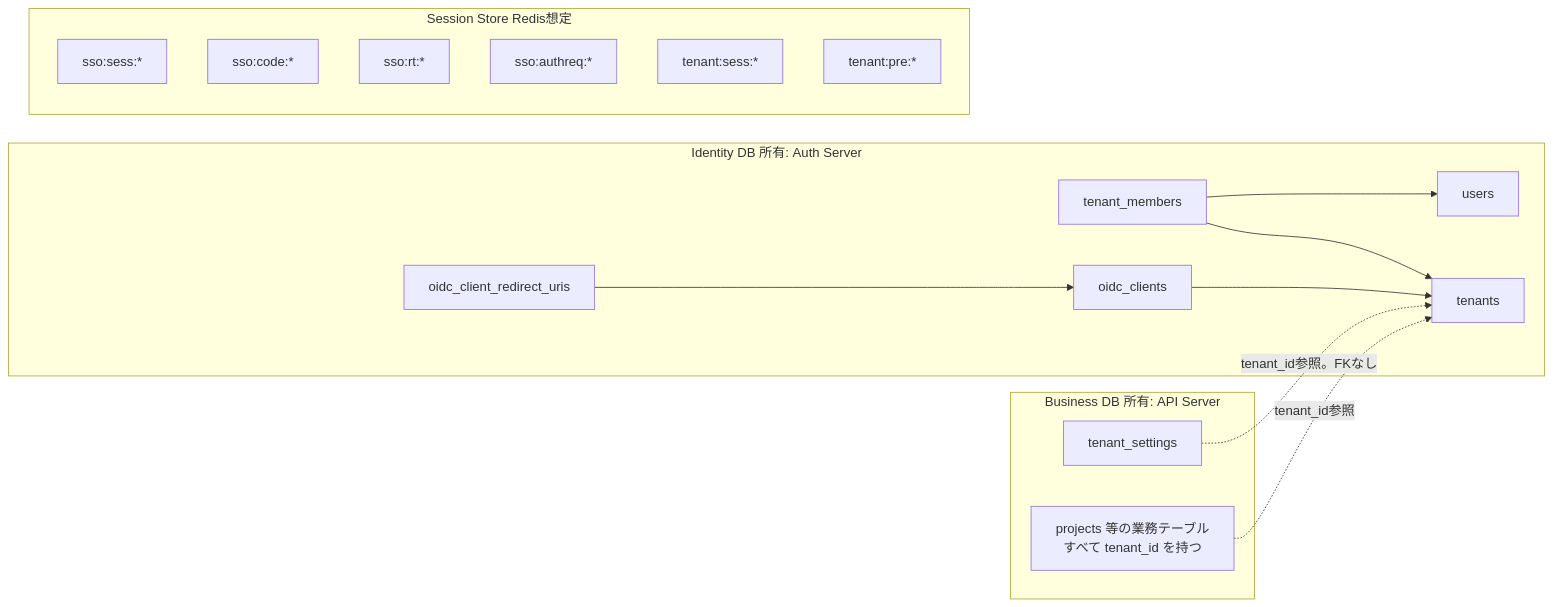
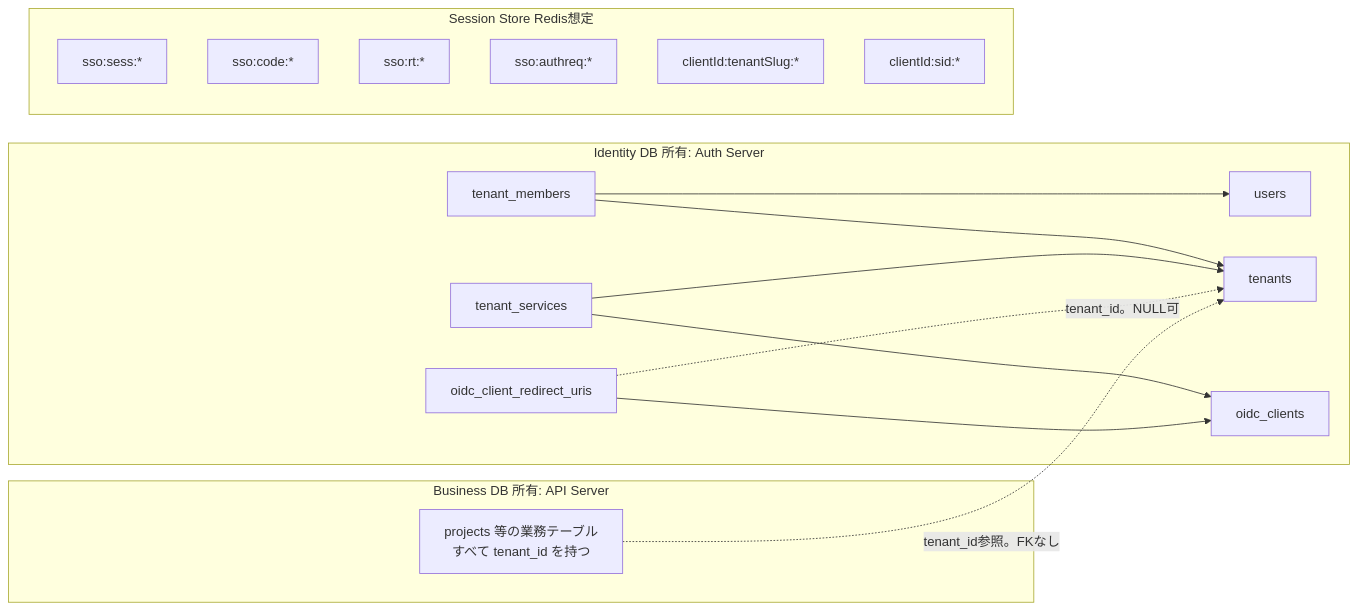
The diagram in docs/design/05-data-model.md (daisuke-tanabe/multi-domain-sandbox), drawn with Mermaid before and after one commit. The commit also changed other lines of this file and 62 other files, not shown here.

First line of the commit message:
refactor: サービス単位の OIDC Client とテナント契約モデルへ再構成

````diff
--- a/docs/design/05-data-model.md
+++ b/docs/design/05-data-model.md
@@ -11,28 +12,29 @@
 ```mermaid
 flowchart LR
     subgraph IdentityDB ["Identity DB  所有: Auth Server"]
         users
         tenants
         tenant_members
         oidc_clients
         oidc_client_redirect_uris
+        tenant_services
     end
     subgraph BusinessDB ["Business DB  所有: API Server"]
-        tenant_settings
         projects["projects 等の業務テーブル<br/>すべて tenant_id を持つ"]
     end
     subgraph SessionStore ["Session Store  Redis想定"]
         sso["sso:sess:*"]
         code["sso:code:*"]
         rt["sso:rt:*"]
         authreq["sso:authreq:*"]
-        tsess["tenant:sess:*"]
-        pre["tenant:pre:*"]
+        tsess["clientId:tenantSlug:*"]
+        tsid["clientId:sid:*"]
     end
     tenant_members --> users
     tenant_members --> tenants
-    oidc_clients --> tenants
+    tenant_services --> tenants
+    tenant_services --> oidc_clients
     oidc_client_redirect_uris --> oidc_clients
-    tenant_settings -. "tenant_id参照。FKなし" .-> tenants
-    projects -. "tenant_id参照" .-> tenants
+    oidc_client_redirect_uris -. "tenant_id。NULL可" .-> tenants
+    projects -. "tenant_id参照。FKなし" .-> tenants
 ```
````
